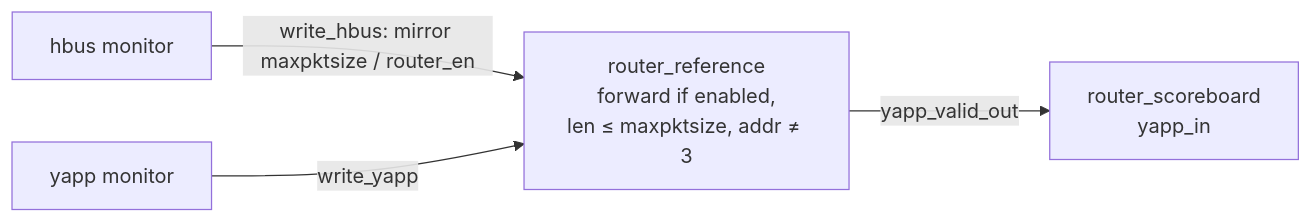
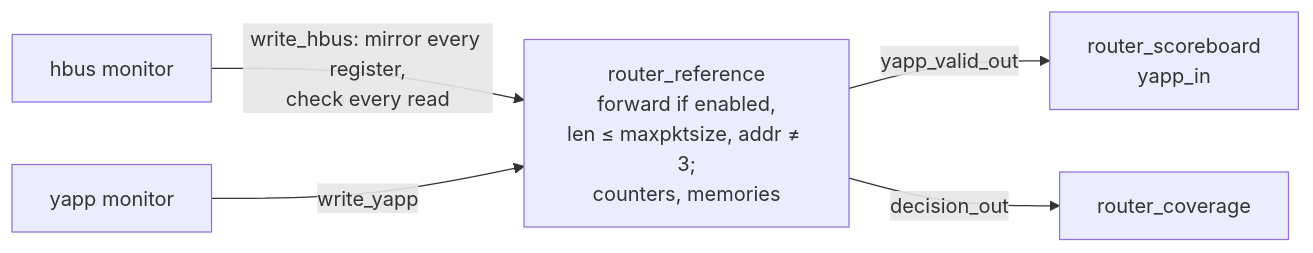
Before and after one commit to tamirgabgab/Qcom-Mentoring: the diagram in docs/components/reference-model.md, drawn with Mermaid. The commit also changed other lines of this file and 21 other files, not shown here.

First line of the commit message:
Docs cleanup: counts, coverage collectors, reference model, labs, HANDOFF

````diff
--- a/docs/components/reference-model.md
+++ b/docs/components/reference-model.md
@@ -13,6 +13,7 @@
 ```mermaid
 flowchart LR
-    H["hbus monitor"] -->|"write_hbus: mirror maxpktsize / router_en"| R
+    H["hbus monitor"] -->|"write_hbus: mirror every register,<br/>check every read"| R
     Y["yapp monitor"] -->|"write_yapp"| R
-    R["router_reference<br/>forward if enabled,<br/>len ≤ maxpktsize, addr ≠ 3"] -->|"yapp_valid_out"| S["router_scoreboard<br/>yapp_in"]
+    R["router_reference<br/>forward if enabled,<br/>len ≤ maxpktsize, addr ≠ 3;<br/>counters, memories"] -->|"yapp_valid_out"| S["router_scoreboard<br/>yapp_in"]
+    R -->|"decision_out"| C["router_coverage"]
 ```
````
